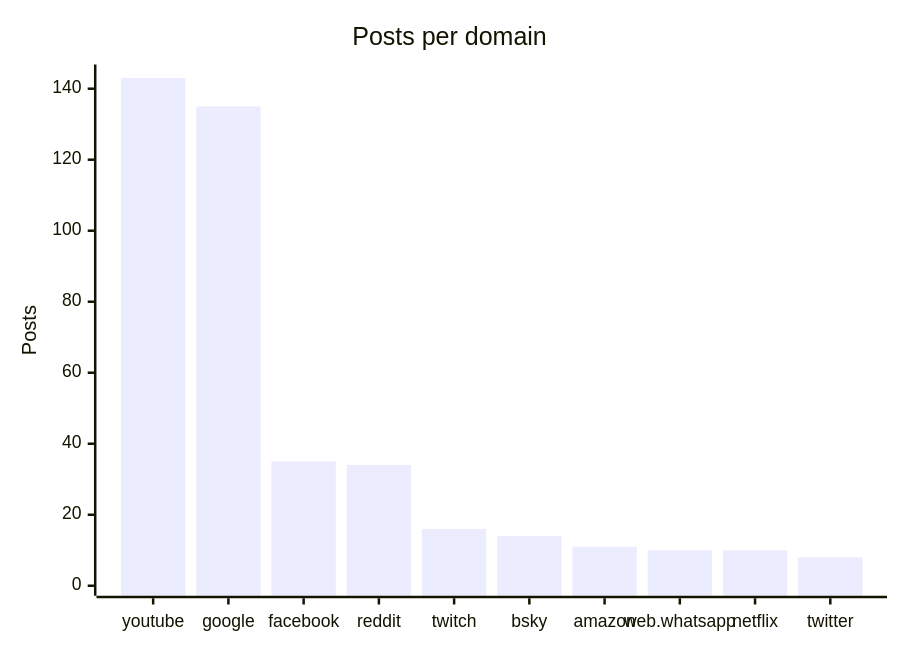
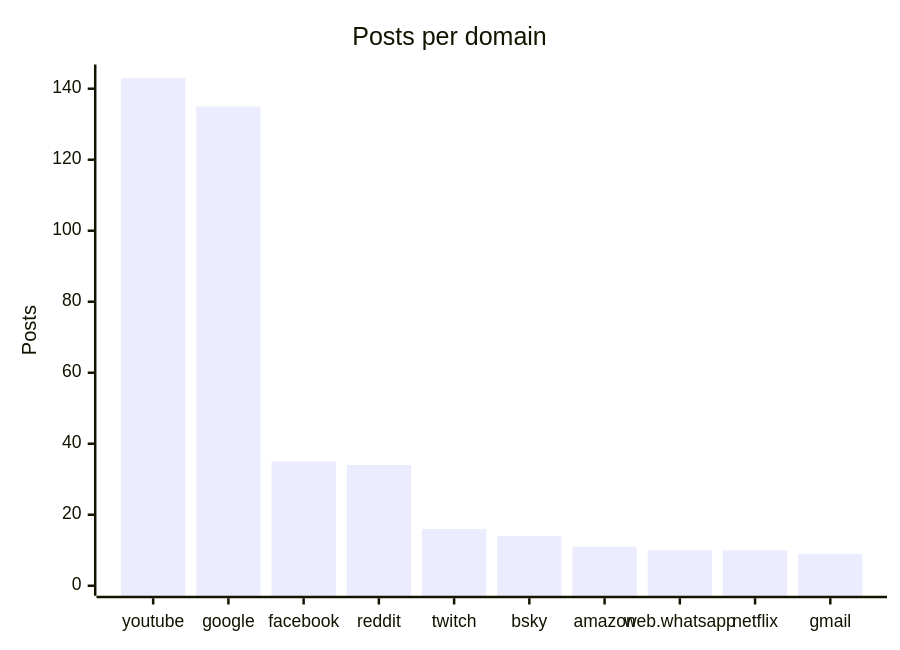
Before and after one commit to martinbalfanz/social-scanner-reports: the fourth of 4 diagrams in README.md, drawn with Mermaid. The commit also changed other lines of this file and 4 other files, not shown here.

````diff
--- a/README.md
+++ b/README.md
@@ -58,7 +58,7 @@
 ```mermaid
 xychart-beta
     title "Posts per domain"
-    x-axis ["youtube", "google", "facebook", "reddit", "twitch", "bsky", "amazon", "web.whatsapp", "netflix", "twitter"]
+    x-axis ["youtube", "google", "facebook", "reddit", "twitch", "bsky", "amazon", "web.whatsapp", "netflix", "gmail"]
     y-axis "Posts" 0 --> 144
-    bar [143, 135, 35, 34, 16, 14, 11, 10, 10, 8]
+    bar [143, 135, 35, 34, 16, 14, 11, 10, 10, 9]
 ```
````
